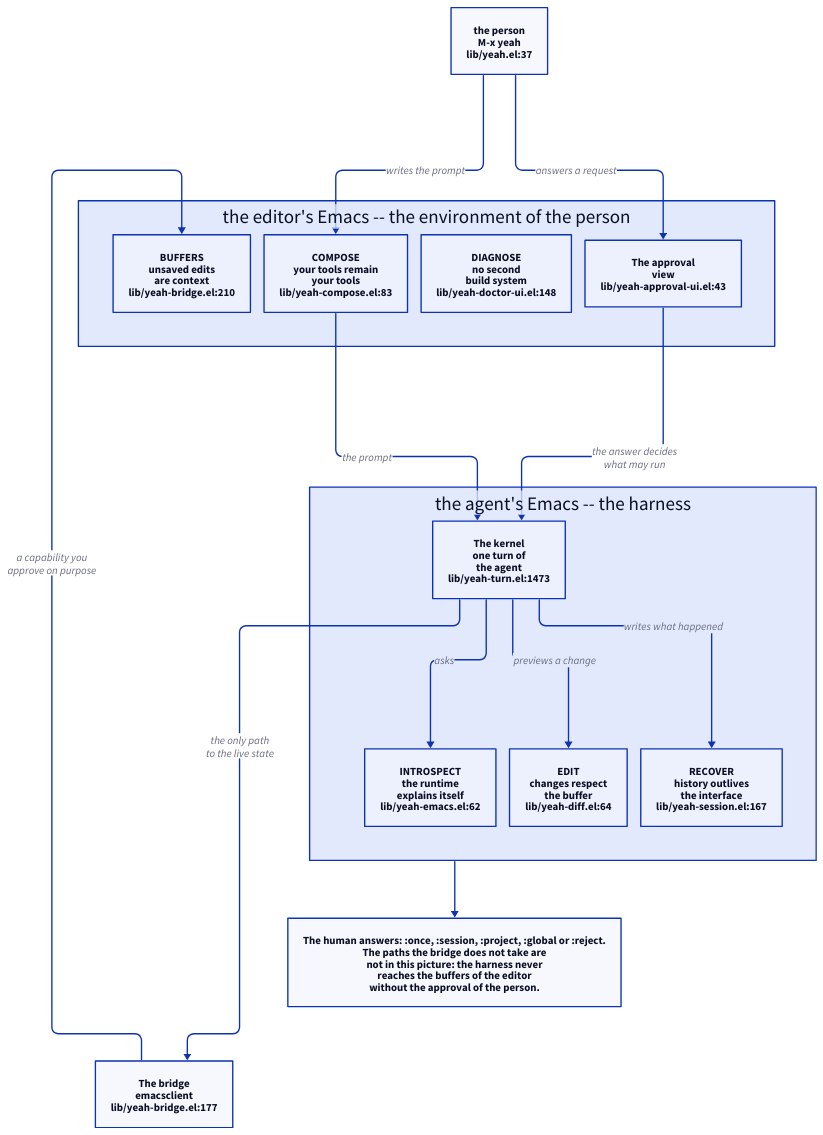
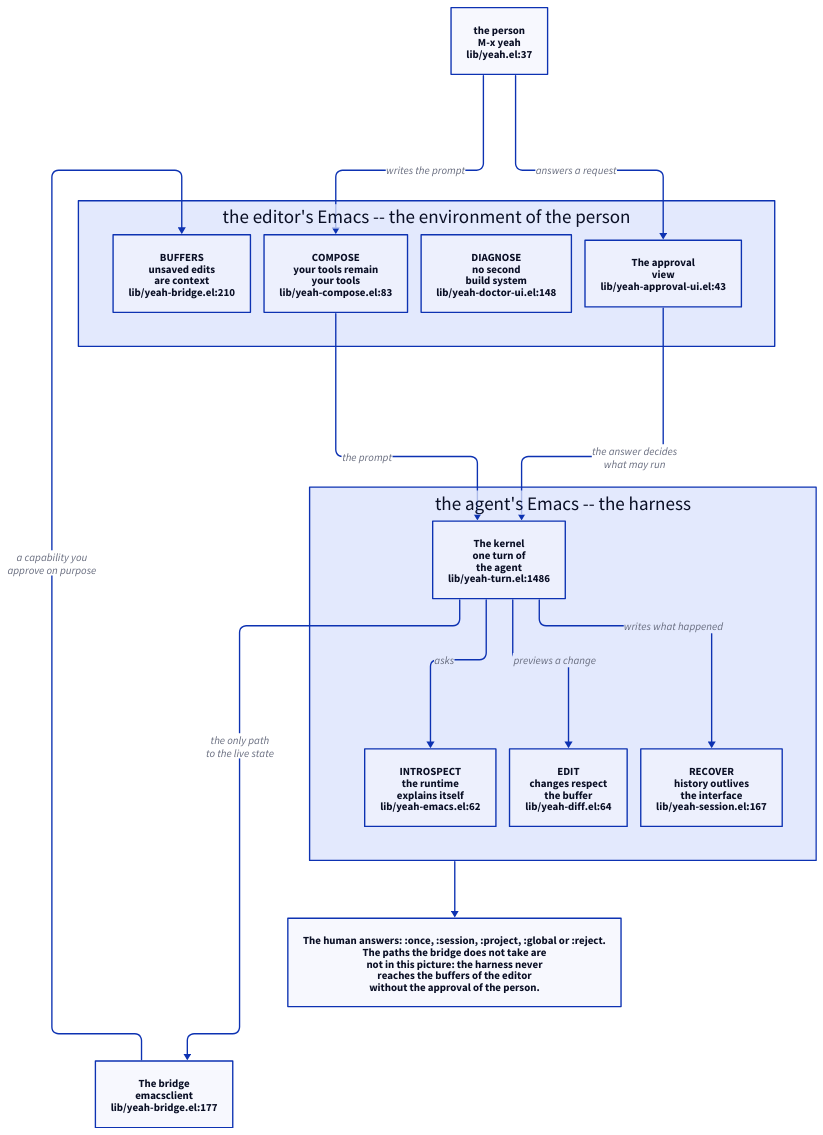
One commit to 11111000000/yeah changed the diagram in site/diagrams/emacs-layer.d2. Above: the diagram before and after it, drawn with D2. The commit also changed 10 other files, not shown here.

Commit message:
fix(agent): make controls bite and refresh diagrams

```diff
--- a/site/diagrams/emacs-layer.d2
+++ b/site/diagrams/emacs-layer.d2
@@ -1,93 +1,93 @@
 # The Emacs layer of Yeah: the person, the editor's Emacs, the agent's Emacs
 # and the bridge between them.
 #
 # The editor's Emacs is the environment of the person: their packages, their
 # configuration, their buffers.  The agent's Emacs is the harness: the kernel
 # of the agent runs there.  The bridge is the only path from the harness to
 # the live state of the editor's Emacs, and it is a capability the person
 # approves on purpose -- not a scraping of files and process output.
 #
 # The wire of the placement carries the prompt and the answer of the person;
 # the bridge carries the other way, from the harness to the live state.
 #
 # The six capabilities of the layer are the six points of the section of the
 # site that this picture belongs to: BUFFERS, INTROSPECT, EDIT, DIAGNOSE,
 # COMPOSE and RECOVER.  DIAGNOSE has two halves: the doctor the person runs
 # in the editor and the diagnostics the agent calls in the harness.
 #
 # Every block names the file that implements it, as `file:line'.
 
 direction: down
 
 # The engine of this one picture is elk: its layout stacks the editor's
 # leaves and the harness's leaves into columns that fit the column of the
 # page, and dagre spreads them into rows that the page would scale down
 # until the words of the picture are smaller than the words of the page.
 vars: {
   d2-config: {
     layout-engine: elk
   }
 }
 
 person: "the person\nM-x yeah\nlib/yeah.el:37"
 
 editor: "the editor's Emacs -- the environment of the person" {
   buffers: "BUFFERS\nunsaved edits\nare context\nlib/yeah-bridge.el:210"
   compose: "COMPOSE\nyour tools remain\nyour tools\nlib/yeah-compose.el:83"
   diagnose: "DIAGNOSE\nno second\nbuild system\nlib/yeah-doctor-ui.el:148"
   approval: "The approval\nview\nlib/yeah-approval-ui.el:43"
 }
 
 harness: "the agent's Emacs -- the harness" {
-  kernel: "The kernel\none turn of\nthe agent\nlib/yeah-turn.el:1473"
+  kernel: "The kernel\none turn of\nthe agent\nlib/yeah-turn.el:1486"
   introspect: "INTROSPECT\nthe runtime\nexplains itself\nlib/yeah-emacs.el:62"
   edit: "EDIT\nchanges respect\nthe buffer\nlib/yeah-diff.el:64"
   recover: "RECOVER\nhistory outlives\nthe interface\nlib/yeah-session.el:167"
 }
 
 bridge: "The bridge\nemacsclient\nlib/yeah-bridge.el:177" {
   class: subject
 }
 
 person -> editor.compose: {
   class: request
   label: "writes the prompt"
 }
 editor.compose -> harness.kernel: {
   class: request
   label: "the prompt"
 }
 person -> editor.approval: {
   class: answer
   label: "answers a request"
 }
 editor.approval -> harness.kernel: {
   class: answer
   label: "the answer decides\nwhat may run"
 }
 harness.kernel -> bridge: {
   class: capability
   label: "the only path\nto the live state"
 }
 bridge -> editor.buffers: {
   class: capability
   label: "a capability you\napprove on purpose"
 }
 harness.kernel -> harness.introspect: {
   class: flow
   label: "asks"
 }
 harness.kernel -> harness.edit: {
   class: flow
   label: "previews a change"
 }
 harness.kernel -> harness.recover: {
   class: write
   label: "writes what happened"
 }
 
 note: "The human answers: :once, :session, :project, :global or :reject.\nThe paths the bridge does not take are\nnot in this picture: the harness never\nreaches the buffers of the editor\nwithout the approval of the person."
 
 harness -> note: {
   class: hidden
 }
```
